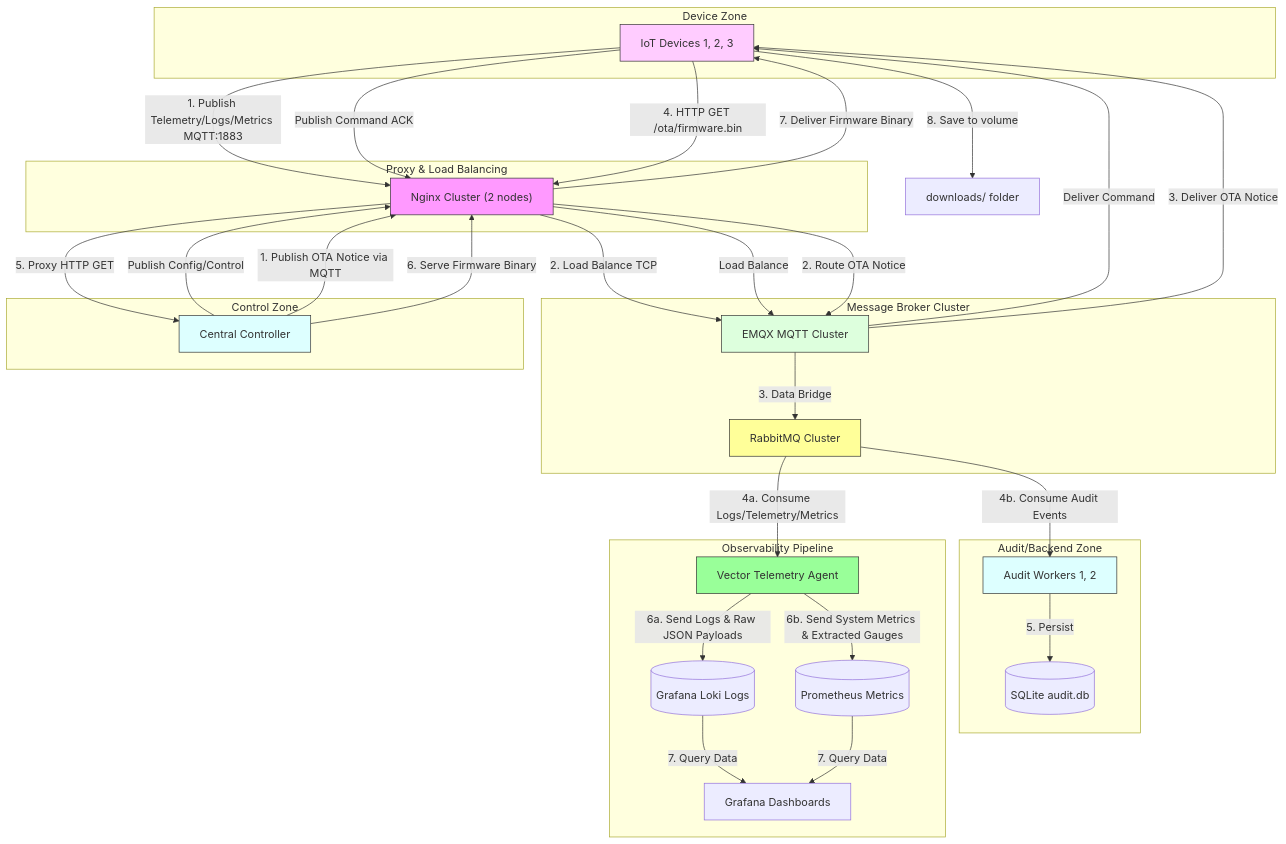
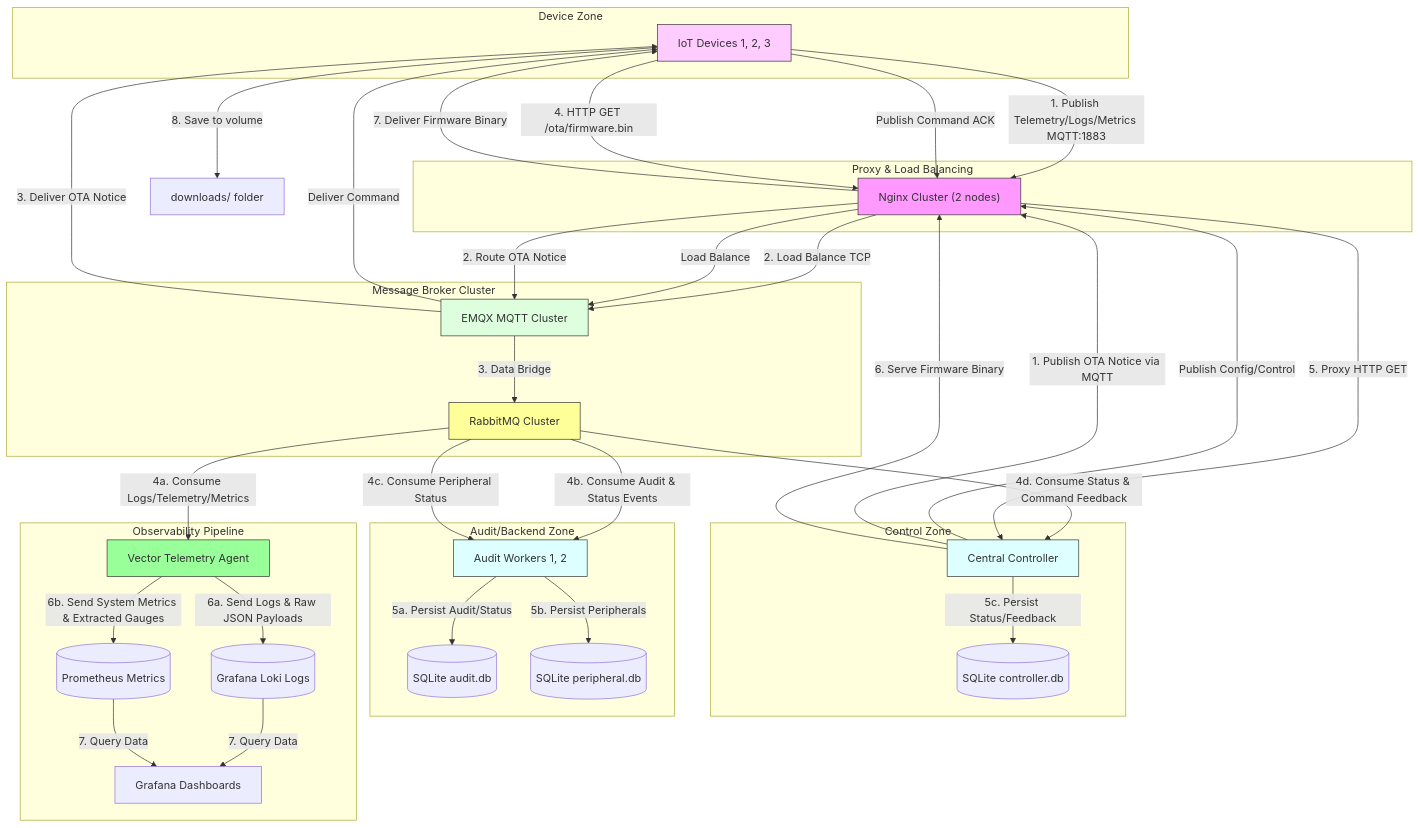
One commit to xepher/mqtt changed the second of 2 diagrams in docs/implementation_plan.md. Above: the diagram before and after it, drawn with Mermaid. The commit also changed other lines of this file and 3 other files, not shown here.

````diff
--- a/docs/implementation_plan.md
+++ b/docs/implementation_plan.md
@@ -142,69 +144,75 @@
 ```mermaid
 graph TD
     subgraph DeviceZone ["Device Zone"]
         IoT["IoT Devices 1, 2, 3"]
     end
 
     subgraph ProxyZone ["Proxy & Load Balancing"]
         Nginx["Nginx Cluster (2 nodes)"]
     end
 
     subgraph BrokerZone ["Message Broker Cluster"]
         EMQX["EMQX MQTT Cluster"]
         Rabbit["RabbitMQ Cluster"]
     end
 
     subgraph ControlZone ["Control Zone"]
         Controller["Central Controller"]
+        ControllerDB[("SQLite controller.db")]
     end
 
     subgraph AuditZone ["Audit/Backend Zone"]
         Worker["Audit Workers 1, 2"]
-        DB[("SQLite audit.db")]
+        AuditDB[("SQLite audit.db")]
+        PeripheralDB[("SQLite peripheral.db")]
     end
 
     subgraph ObsPipeline ["Observability Pipeline"]
         Vector["Vector Telemetry Agent"]
         Loki[("Grafana Loki Logs")]
         Prom[("Prometheus Metrics")]
         Grafana["Grafana Dashboards"]
     end
 
     %% Telemetry, Log, and Metric Flow
     IoT -->|1. Publish Telemetry/Logs/Metrics MQTT:1883| Nginx
     Nginx -->|2. Load Balance TCP| EMQX
     EMQX -->|3. Data Bridge| Rabbit
     Rabbit -->|4a. Consume Logs/Telemetry/Metrics| Vector
-    Rabbit -->|4b. Consume Audit Events| Worker
-    Worker -->|5. Persist| DB
+    Rabbit -->|4b. Consume Audit & Status Events| Worker
+    Rabbit -->|4c. Consume Peripheral Status| Worker
+    Rabbit -->|4d. Consume Status & Command Feedback| Controller
+    Worker -->|5a. Persist Audit/Status| AuditDB
+    Worker -->|5b. Persist Peripherals| PeripheralDB
+    Controller -->|5c. Persist Status/Feedback| ControllerDB
 
     %% Vector Routing
     Vector -->|6a. Send Logs & Raw JSON Payloads| Loki
     Vector -->|6b. Send System Metrics & Extracted Gauges| Prom
     Loki -->|7. Query Data| Grafana
     Prom -->|7. Query Data| Grafana
 
     %% Control & Configuration Flow
     Controller -->|Publish Config/Control| Nginx
     Nginx -->|Load Balance| EMQX
     EMQX -->|Deliver Command| IoT
     IoT -->|Publish Command ACK| Nginx
 
     %% OTA Firmware Flow
     Controller -->|1. Publish OTA Notice via MQTT| Nginx
     Nginx -->|2. Route OTA Notice| EMQX
     EMQX -->|3. Deliver OTA Notice| IoT
     IoT -->|4. HTTP GET /ota/firmware.bin| Nginx
     Nginx -->|5. Proxy HTTP GET| Controller
     Controller -->|6. Serve Firmware Binary| Nginx
     Nginx -->|7. Deliver Firmware Binary| IoT
     IoT -->|8. Save to volume| Vol["downloads/ folder"]
 
     style IoT fill:#fcf,stroke:#333
     style Nginx fill:#f9f,stroke:#333
     style EMQX fill:#dfd,stroke:#333
     style Rabbit fill:#ff9,stroke:#333
     style Controller fill:#dff,stroke:#333
     style Worker fill:#dff,stroke:#333
     style Vector fill:#9f9,stroke:#333
 ```
````
